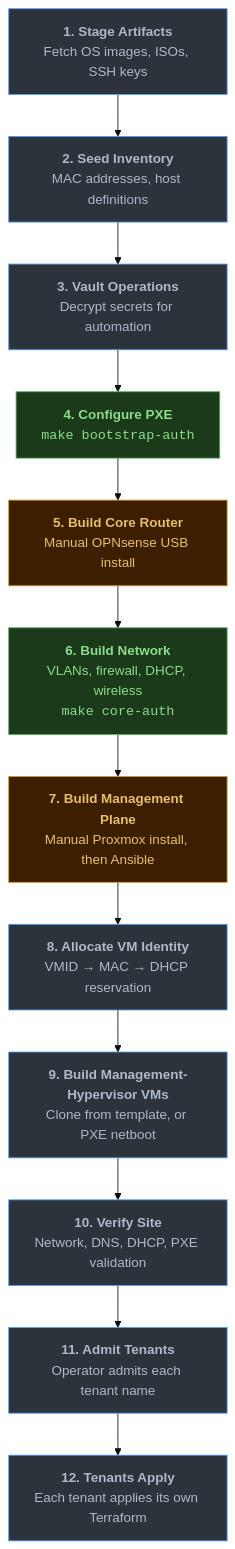
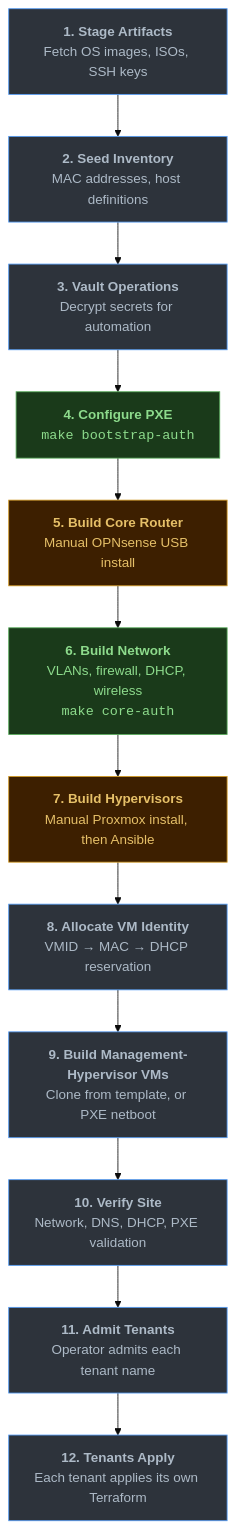
The diagram in content/docs/runbook/substrate/building-recovery/_index.md (deevnet/deevnet-docs), drawn with Mermaid (base theme) before and after one commit. The commit also changed other lines of this file and 8 other files, not shown here.

First line of the commit message:
Rename "Build Management Plane" to "Build a Hypervisor"

```diff
--- a/content/docs/runbook/substrate/building-recovery/_index.md
+++ b/content/docs/runbook/substrate/building-recovery/_index.md
@@ -63,21 +63,21 @@
 {{< mermaid >}}
 flowchart TD
     A["<b>1. Stage Artifacts</b><br/>Fetch OS images, ISOs, SSH keys"]
     B["<b>2. Seed Inventory</b><br/>MAC addresses, host definitions"]
     C["<b>3. Vault Operations</b><br/>Decrypt secrets for automation"]
     D["<b>4. Configure PXE</b><br/><code>make bootstrap-auth</code>"]:::transition
     E["<b>5. Build Core Router</b><br/>Manual OPNsense USB install"]:::manual
     F["<b>6. Build Network</b><br/>VLANs, firewall, DHCP, wireless<br/><code>make core-auth</code>"]:::transition
-    G["<b>7. Build Management Plane</b><br/>Manual Proxmox install, then Ansible"]:::manual
+    G["<b>7. Build Hypervisors</b><br/>Manual Proxmox install, then Ansible"]:::manual
     H["<b>8. Allocate VM Identity</b><br/>VMID &rarr; MAC &rarr; DHCP reservation"]
     I["<b>9. Build Management-Hypervisor VMs</b><br/>Clone from template, or PXE netboot"]
     J["<b>10. Verify Site</b><br/>Network, DNS, DHCP, PXE validation"]
     K["<b>11. Admit Tenants</b><br/>Operator admits each tenant name"]
     L["<b>12. Tenants Apply</b><br/>Each tenant applies its own Terraform"]
 
     A --> B --> C --> D --> E --> F --> G --> H --> I --> J --> K --> L
 
     classDef default fill:#2d333b,stroke:#539bf5,color:#adbac7
     classDef transition fill:#1a3a1a,stroke:#57ab5a,color:#8ddb8c
     classDef manual fill:#3d1f00,stroke:#d29922,color:#e6c068
 {{< /mermaid >}}
```
